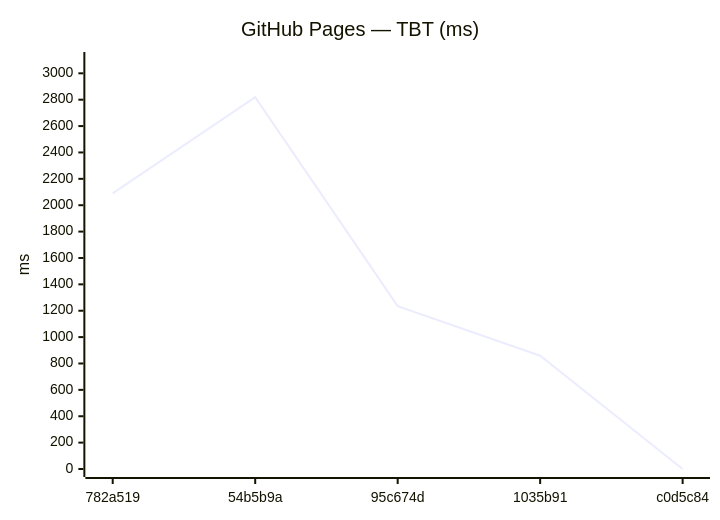
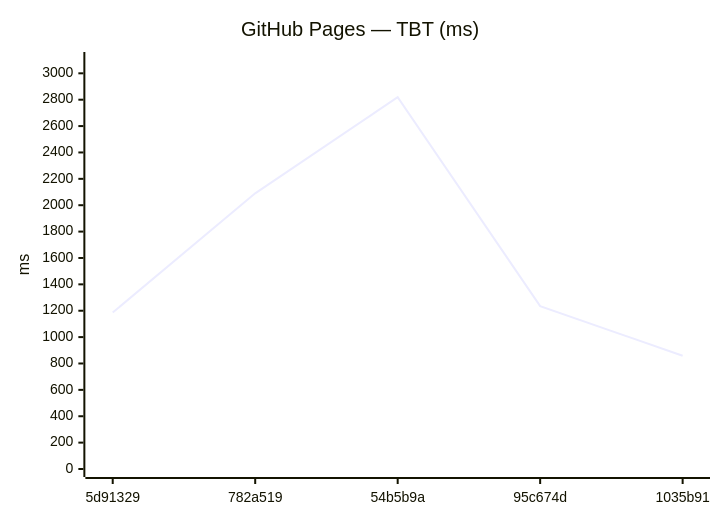
One commit to Metaheurist/Rianell changed the tenth of 18 diagrams in benchmarks/compare.md. Above: the diagram before and after it, drawn with Mermaid. The commit also changed other lines of this file and 11 other files, not shown here.

````diff
--- a/benchmarks/compare.md
+++ b/benchmarks/compare.md
@@ -149,7 +149,7 @@
 ```mermaid
 xychart-beta
     title "GitHub Pages — TBT (ms)"
-    x-axis ["782a519", "54b5b9a", "95c674d", "1035b91", "c0d5c84"]
+    x-axis ["5d91329", "782a519", "54b5b9a", "95c674d", "1035b91"]
     y-axis "ms" 0 --> 3101
-    line [2090, 2819, 1235, 859, 0]
+    line [1186, 2090, 2819, 1235, 859]
 ```
````
